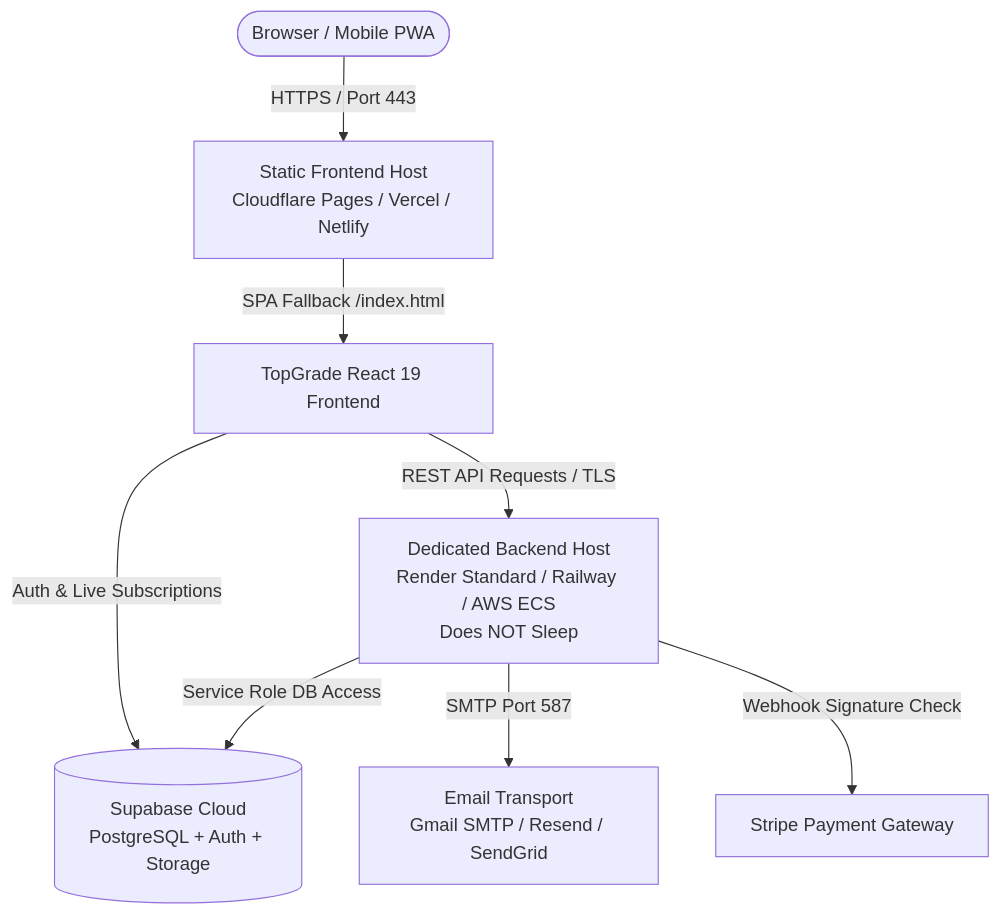
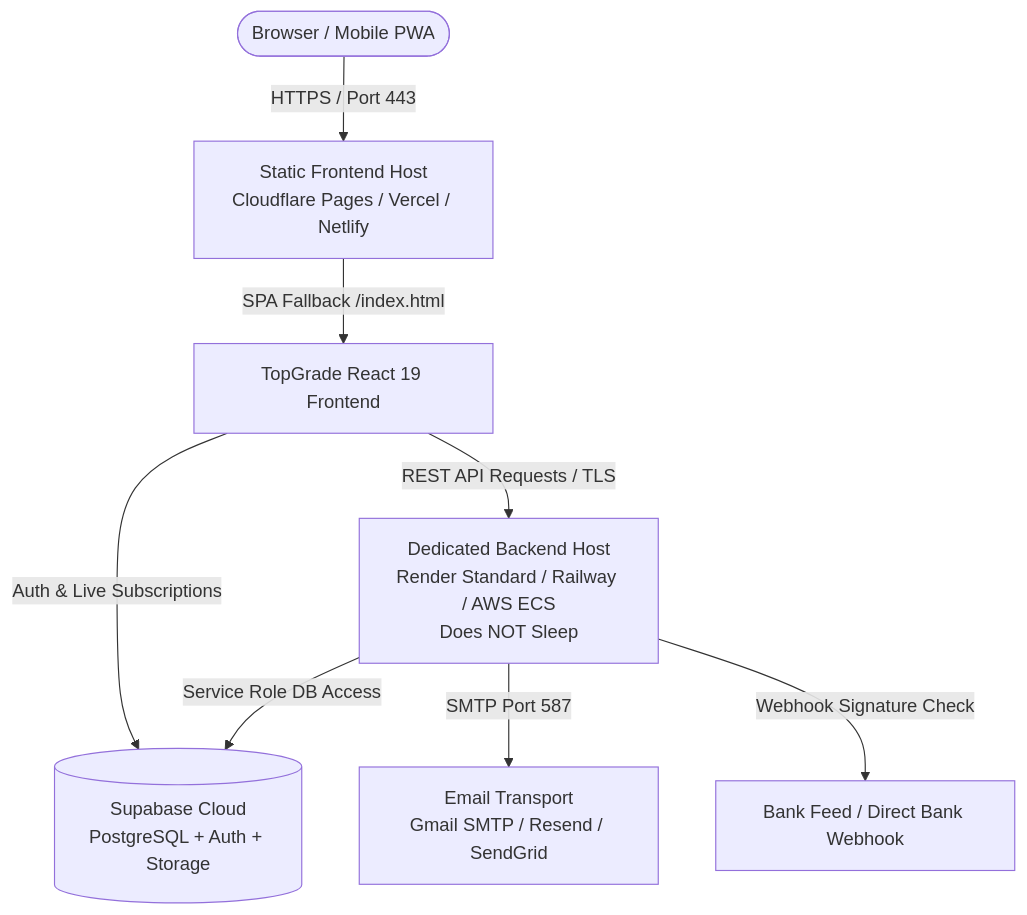
One commit to Reddy-py/top-grade-CRM changed the diagram in RUNBOOK.md. Above: the diagram before and after it, drawn with Mermaid. The commit also changed other lines of this file and 30 other files, not shown here.

Commit message:
feat: integrate Stripe credit card payments and bank reconciliation workflows

````diff
--- a/RUNBOOK.md
+++ b/RUNBOOK.md
@@ -9,10 +9,10 @@
 ```mermaid
 graph TD
   User([Browser / Mobile PWA]) -->|HTTPS / Port 443| CDN[Static Frontend Host<br/>Cloudflare Pages / Vercel / Netlify]
   CDN -->|SPA Fallback /index.html| SPA[TopGrade React 19 Frontend]
   SPA -->|REST API Requests / TLS| API[Dedicated Backend Host<br/>Render Standard / Railway / AWS ECS<br/>Does NOT Sleep]
   SPA -->|Auth & Live Subscriptions| Supabase[(Supabase Cloud<br/>PostgreSQL + Auth + Storage)]
   API -->|Service Role DB Access| Supabase
   API -->|SMTP Port 587| Mailer[Email Transport<br/>Gmail SMTP / Resend / SendGrid]
-  API -->|Webhook Signature Check| Stripe[Stripe Payment Gateway]
+  API -->|Webhook Signature Check| BankFeed[Bank Feed / Direct Bank Webhook]
 ```
````
